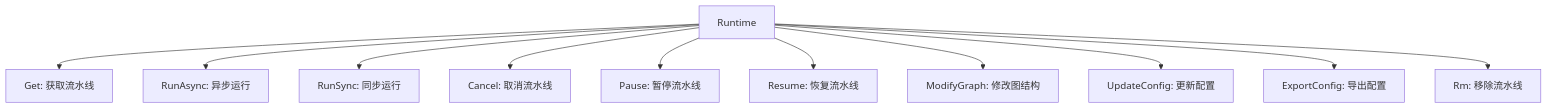
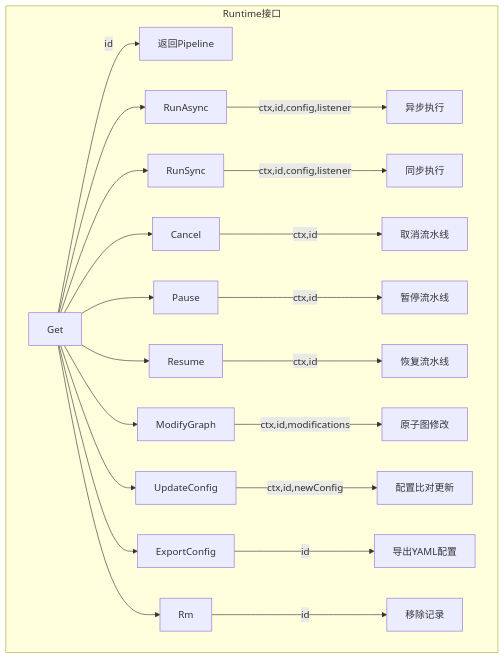
One commit to LerkoX/flowx changed the first of 12 diagrams in FLOWS.md. Above: the diagram before and after it, drawn with Mermaid. The commit also changed other lines of this file and 6 other files, not shown here.

First line of the commit message:
docs: enhance module flow diagrams with detailed implementation flows

````diff
--- a/FLOWS.md
+++ b/FLOWS.md
@@ -6,13 +5,15 @@
 ```mermaid
 flowchart TD
-    A[Runtime] --> B[Get: 获取流水线]
-    A --> C[RunAsync: 异步运行]
-    A --> D[RunSync: 同步运行]
-    A --> E[Cancel: 取消流水线]
-    A --> F[Pause: 暂停流水线]
-    A --> G[Resume: 恢复流水线]
-    A --> H[ModifyGraph: 修改图结构]
-    A --> I[UpdateConfig: 更新配置]
-    A --> J[ExportConfig: 导出配置]
-    A --> K[Rm: 移除流水线]
+    subgraph Runtime接口
+    A[Get] --> |id| B[返回Pipeline]
+    A --> C[RunAsync] --> |ctx,id,config,listener| D[异步执行]
+    A --> E[RunSync] --> |ctx,id,config,listener| F[同步执行]
+    A --> G[Cancel] --> |ctx,id| H[取消流水线]
+    A --> I[Pause] --> |ctx,id| J[暂停流水线]
+    A --> K[Resume] --> |ctx,id| L[恢复流水线]
+    A --> M[ModifyGraph] --> |ctx,id,modifications| N[原子图修改]
+    A --> O[UpdateConfig] --> |ctx,id,newConfig| P[配置比对更新]
+    A --> Q[ExportConfig] --> |id| R[导出YAML配置]
+    A --> S[Rm] --> |id| T[移除记录]
+    end
 ```
````
